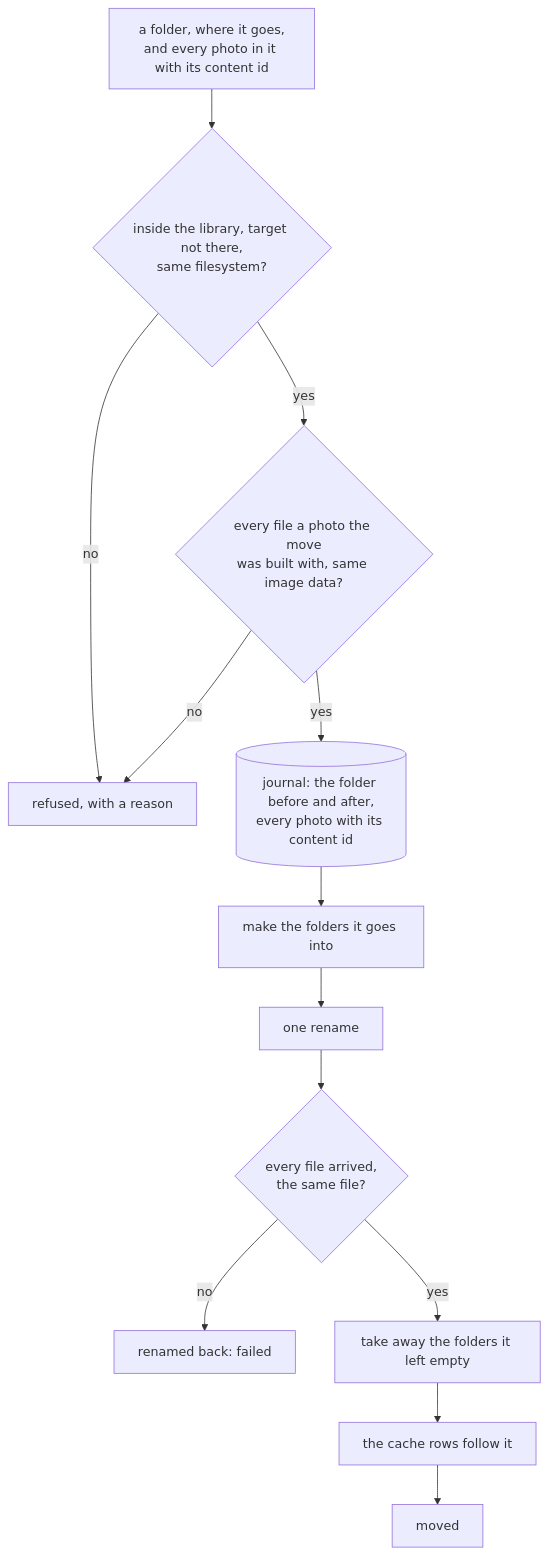
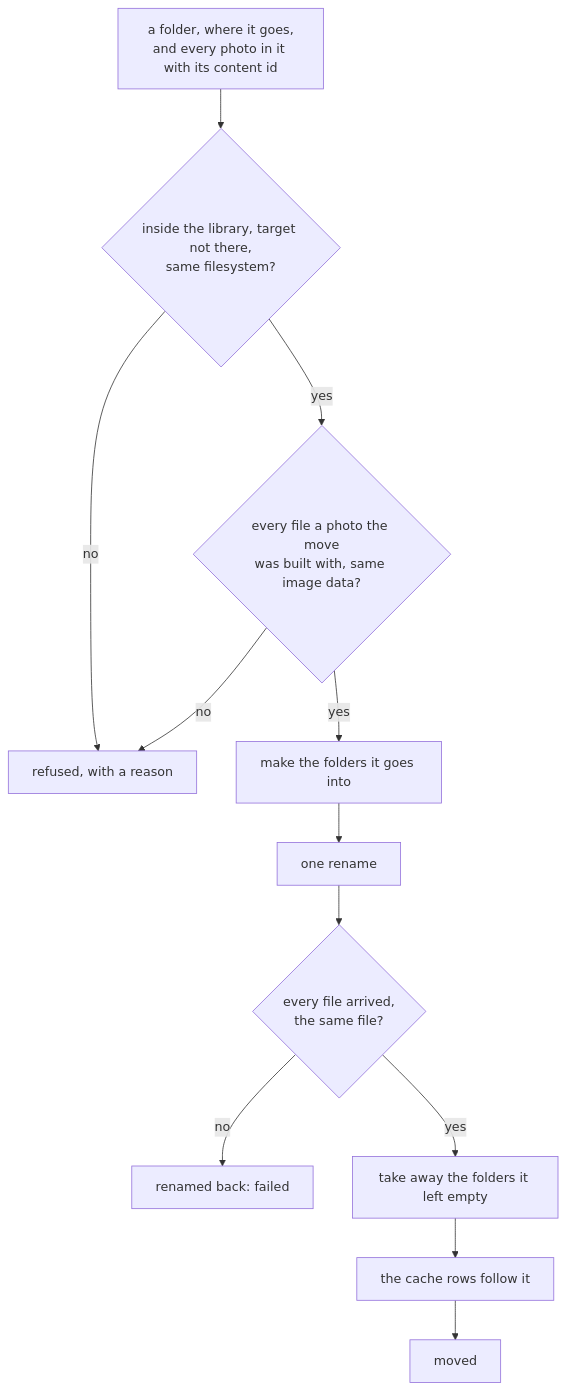
The second of 2 diagrams in docs/writing.md (xuedi/photoManager), drawn with Mermaid before and after one commit. The commit also changed other lines of this file and 9 other files, not shown here.

````diff
--- a/docs/writing.md
+++ b/docs/writing.md
@@ -153,15 +152,14 @@
 ```mermaid
 flowchart TD
     move[a folder, where it goes,<br/>and every photo in it with its content id] --> guards{inside the library, target not there,<br/>same filesystem?}
     guards -- no --> refused[refused, with a reason]
     guards -- yes --> prove{every file a photo the move<br/>was built with, same image data?}
     prove -- no --> refused
-    prove -- yes --> record[(journal: the folder before and after,<br/>every photo with its content id)]
-    record --> parents[make the folders it goes into]
+    prove -- yes --> parents[make the folders it goes into]
     parents --> rename[one rename]
     rename --> check{every file arrived,<br/>the same file?}
     check -- no --> back[renamed back: failed]
     check -- yes --> prune[take away the folders it left empty]
     prune --> rows[the cache rows follow it]
     rows --> moved[moved]
 ```
````
